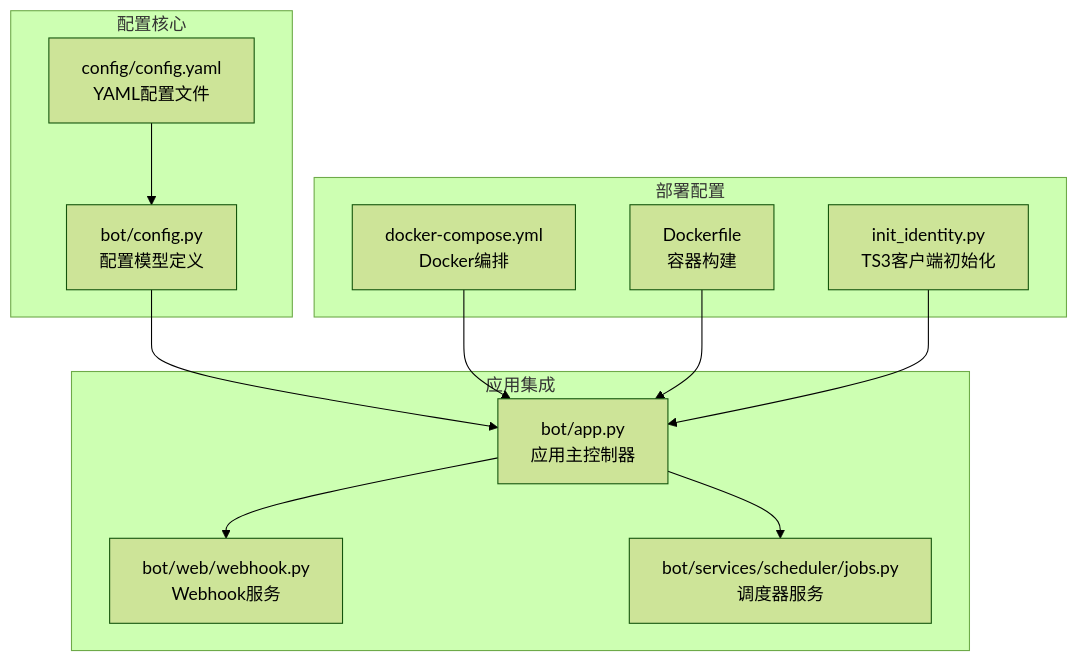
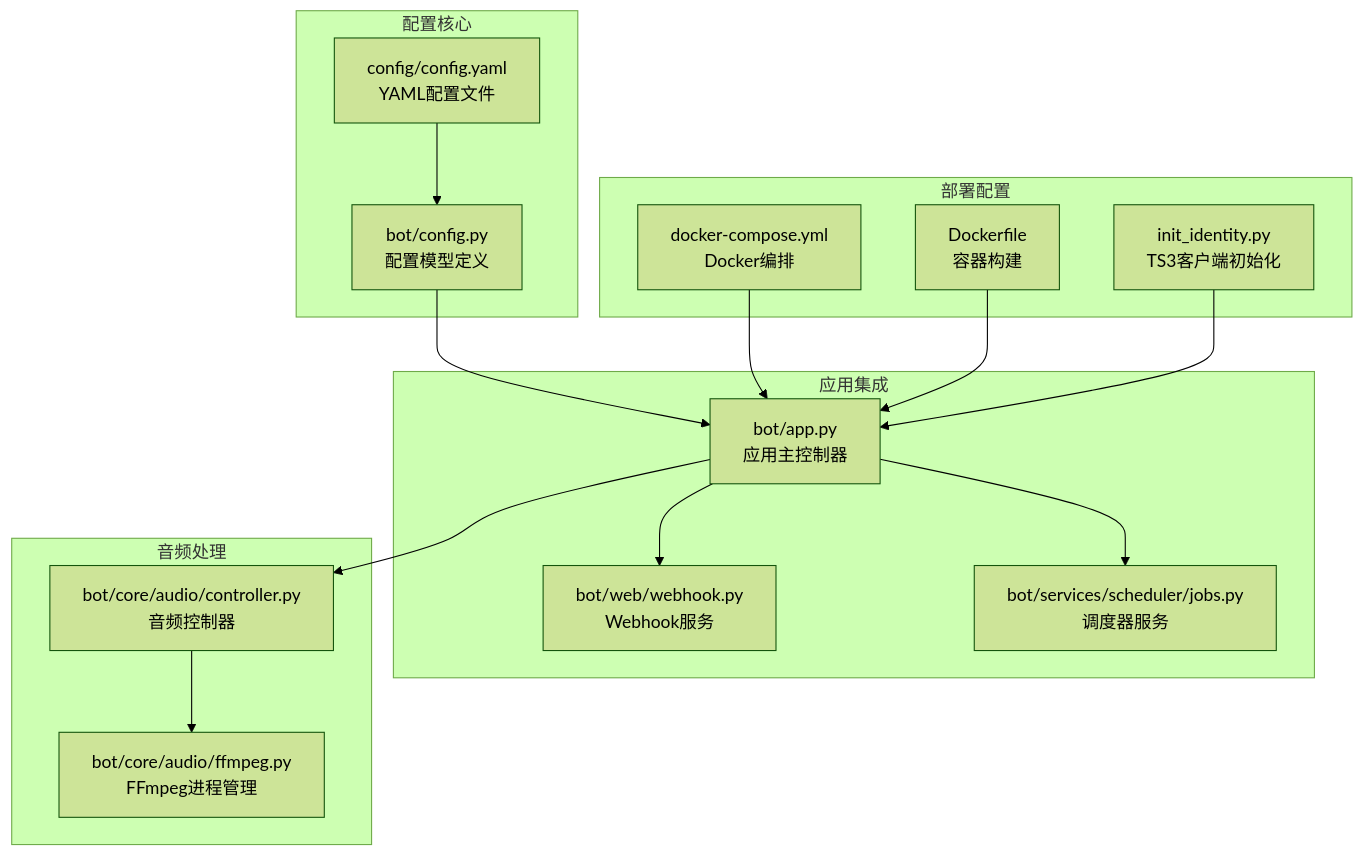
The first of 8 diagrams in .qoder/repowiki/zh/content/配置管理.md (GhoulOwl/Teamspeak3_Bot), drawn with Mermaid (forest theme) before and after one commit. The commit also changed other lines of this file and 7 other files, not shown here.

````diff
--- a/.qoder/repowiki/zh/content/配置管理.md
+++ b/.qoder/repowiki/zh/content/配置管理.md
@@ -39,24 +50,30 @@
 ```mermaid
 graph TB
 subgraph "配置核心"
 Config[bot/config.py<br/>配置模型定义]
 YAML[config/config.yaml<br/>YAML配置文件]
 end
 subgraph "应用集成"
 App[bot/app.py<br/>应用主控制器]
 Webhook[bot/web/webhook.py<br/>Webhook服务]
 Scheduler[bot/services/scheduler/jobs.py<br/>调度器服务]
 end
+subgraph "音频处理"
+FFmpeg[bot/core/audio/ffmpeg.py<br/>FFmpeg进程管理]
+Controller[bot/core/audio/controller.py<br/>音频控制器]
+end
 subgraph "部署配置"
 Docker[docker-compose.yml<br/>Docker编排]
 Dockerfile[Dockerfile<br/>容器构建]
 Init[init_identity.py<br/>TS3客户端初始化]
 end
 Config --> App
 YAML --> Config
 App --> Webhook
 App --> Scheduler
+App --> Controller
+Controller --> FFmpeg
 Docker --> App
 Dockerfile --> App
 Init --> App
 ```
````
